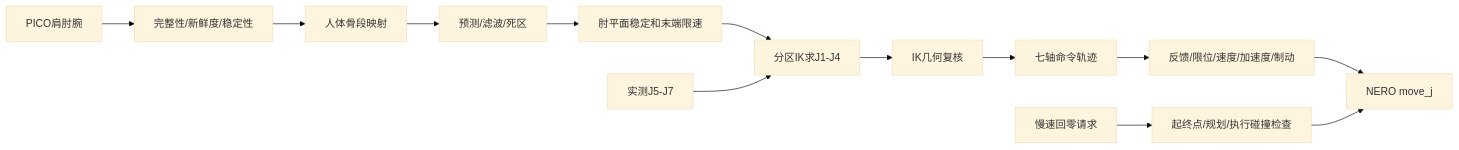
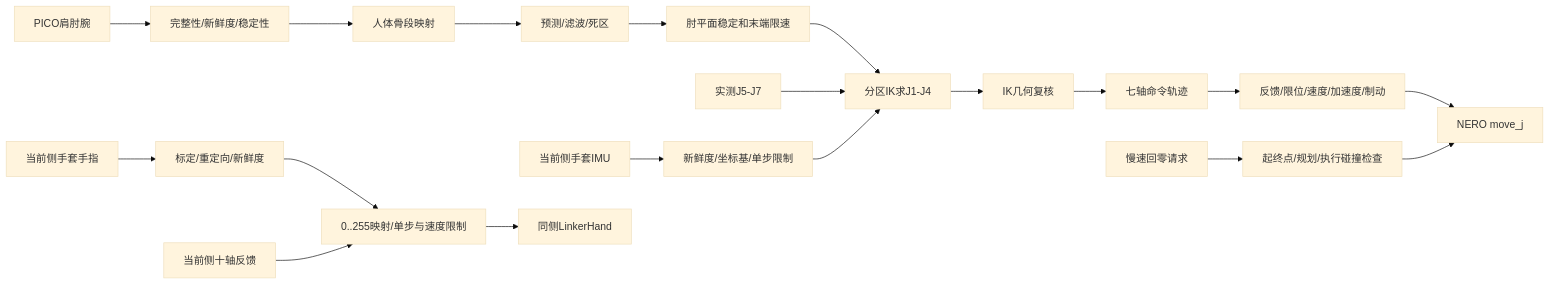
One commit to SaluteYan/esrobo changed the diagram in teleoperation/TELEOPERATION_RUNTIME_LOGIC.md. Above: the diagram before and after it, drawn with Mermaid (base theme). The commit also changed other lines of this file and 9 other files, not shown here.

````diff
--- a/teleoperation/TELEOPERATION_RUNTIME_LOGIC.md
+++ b/teleoperation/TELEOPERATION_RUNTIME_LOGIC.md
@@ -47,15 +148,21 @@
 ```mermaid
 flowchart LR
     A[PICO肩肘腕] --> B[完整性/新鲜度/稳定性]
     B --> C[人体骨段映射]
     C --> D[预测/滤波/死区]
     D --> E[肘平面稳定和末端限速]
     E --> F[分区IK求J1-J4]
     G[实测J5-J7] --> F
+    M[当前侧手套IMU] --> N[新鲜度/坐标基/单步限制]
+    N --> F
     F --> H[IK几何复核]
     H --> I[七轴命令轨迹]
     I --> J[反馈/限位/速度/加速度/制动]
     J --> L[NERO move_j]
     R[慢速回零请求] --> K[起终点/规划/执行碰撞检查]
     K --> L
+    S[当前侧手套手指] --> T[标定/重定向/新鲜度]
+    T --> U[0..255映射/单步与速度限制]
+    V[当前侧十轴反馈] --> U
+    U --> W[同侧LinkerHand]
 ```
````
